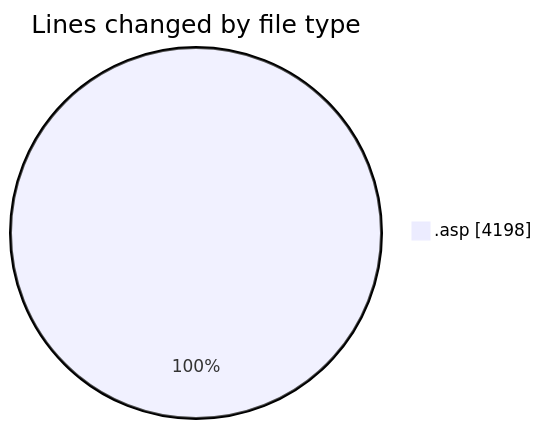
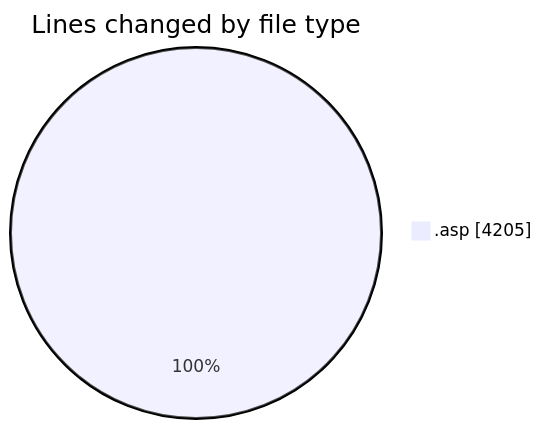
The first of 2 diagrams in 2025-11-04/cdp_aleoudev_fr__workspace_/README.md (julien-gomy/code-tracking), drawn with Mermaid before and after one commit. The commit also changed other lines of this file and 1 other file, not shown here.

````diff
--- a/2025-11-04/cdp_aleoudev_fr__workspace_/README.md
+++ b/2025-11-04/cdp_aleoudev_fr__workspace_/README.md
@@ -21,5 +21,5 @@
 ```mermaid
 pie showData
 title Lines changed by file type
-".asp" : 4198
+".asp" : 4205
 ```
````
